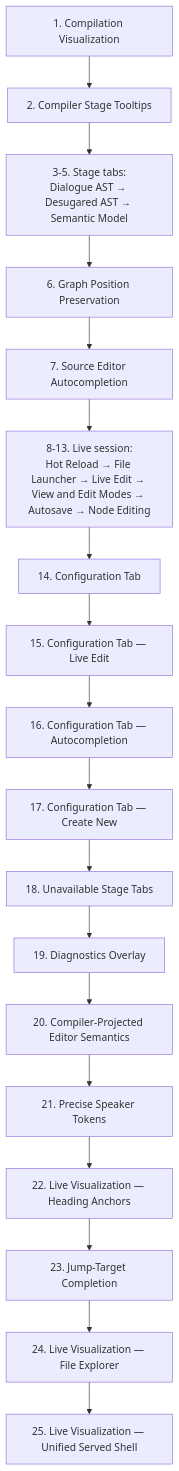
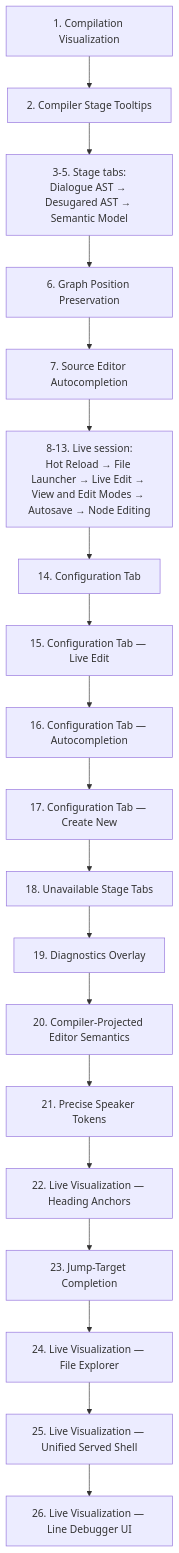
One commit to pengzhengyi/dialoguedown changed the third of 4 diagrams in docs/contributing/design-notes/README.md. Above: the diagram before and after it, drawn with Mermaid. The commit also changed other lines of this file and 19 other files, not shown here.

First line of the commit message:
feat(web): add dormant line debugger UI seam (#219)

````diff
--- a/docs/contributing/design-notes/README.md
+++ b/docs/contributing/design-notes/README.md
@@ -140,20 +140,21 @@
 ```mermaid
 flowchart TB
     CV["1. Compilation Visualization"] --> TT["2. Compiler Stage Tooltips"]
     TT --> TABS["3-5. Stage tabs:<br/>Dialogue AST → Desugared AST → Semantic Model"]
     TABS --> GX["6. Graph Position Preservation"]
     GX --> AC["7. Source Editor Autocompletion"]
     AC --> LIVE["8-13. Live session:<br/>Hot Reload → File Launcher → Live Edit → View and Edit Modes → Autosave → Node Editing"]
     LIVE --> CFG["14. Configuration Tab"]
     CFG --> CFGLE["15. Configuration Tab — Live Edit"]
     CFGLE --> CFGAC["16. Configuration Tab — Autocompletion"]
     CFGAC --> CFGCN["17. Configuration Tab — Create New"]
     CFGCN --> UST["18. Unavailable Stage Tabs"]
     UST --> DGO["19. Diagnostics Overlay"]
     DGO --> CPE["20. Compiler-Projected Editor Semantics"]
     CPE --> PST["21. Precise Speaker Tokens"]
     PST --> HA["22. Live Visualization — Heading Anchors"]
     HA --> JTC["23. Jump-Target Completion"]
     JTC --> FE["24. Live Visualization — File Explorer"]
     FE --> USS["25. Live Visualization — Unified Served Shell"]
+    USS --> LDU["26. Live Visualization — Line Debugger UI"]
 ```
````
